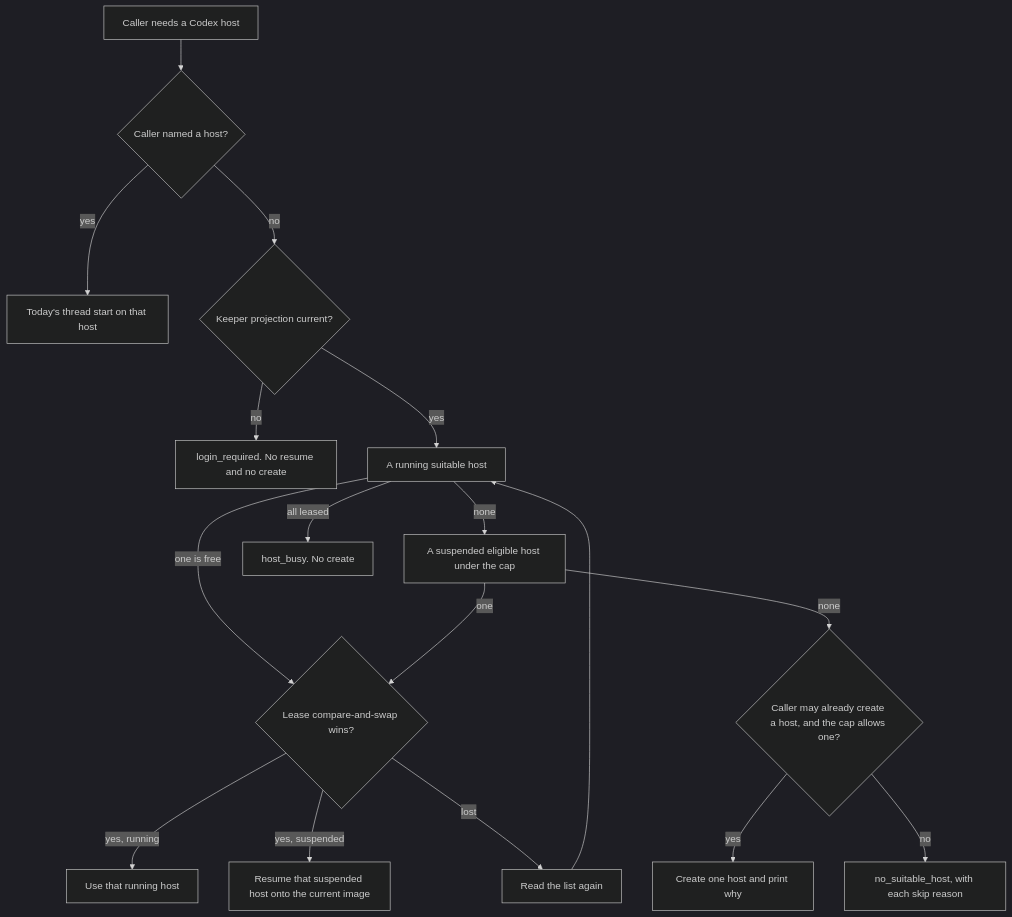
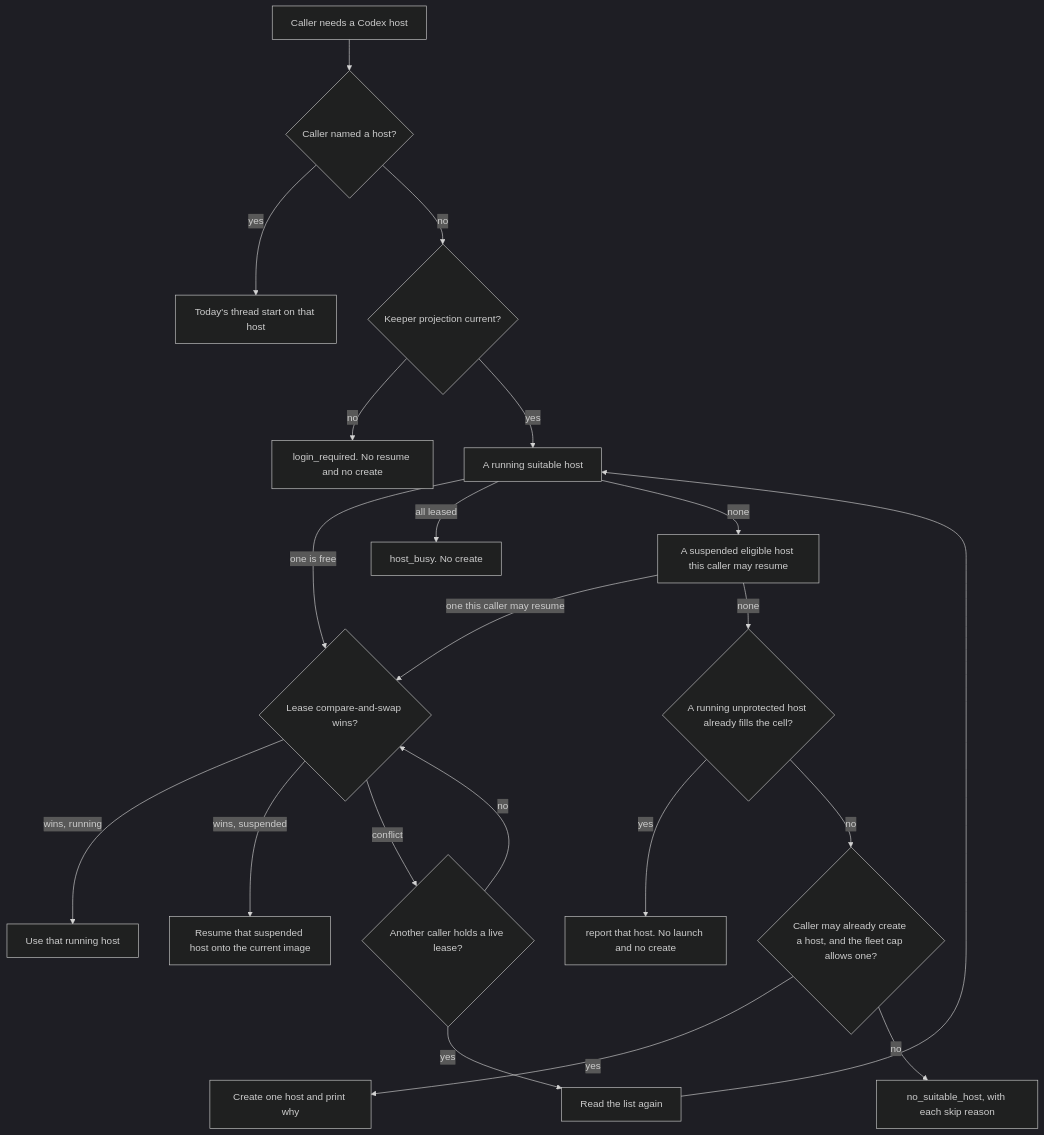
One commit to thaynes43/dev-env changed the diagram in .agents/sagas/distributed-dev-env/designs/063-reuse-paired-codex-hosts.md. Above: the diagram before and after it, drawn with Mermaid (dark theme). The commit also changed other lines of this file, not shown here.

First line of the commit message:
Answer the design review on host reuse (OP696).

````diff
--- a/.agents/sagas/distributed-dev-env/designs/063-reuse-paired-codex-hosts.md
+++ b/.agents/sagas/distributed-dev-env/designs/063-reuse-paired-codex-hosts.md
@@ -380,33 +396,40 @@
 ```mermaid
 flowchart TD
   need[Caller needs a Codex host]
   named{Caller named a host?}
   asIs[Today's thread start on that host]
   login{Keeper projection current?}
   stopLogin[login_required. No resume and no create]
   running[A running suitable host]
-  suspended[A suspended eligible host under the cap]
-  createOk{Caller may already create a host, and the cap allows one?}
+  suspended[A suspended eligible host this caller may resume]
+  cell{A running unprotected host already fills the cell?}
+  report[report that host. No launch and no create]
+  createOk{Caller may already create a host, and the fleet cap allows one?}
   created[Create one host and print why]
   none[no_suitable_host, with each skip reason]
   won{Lease compare-and-swap wins?}
+  held{Another caller holds a live lease?}
   use[Use that running host]
   resume[Resume that suspended host onto the current image]
   again[Read the list again]
   need --> named
   named -->|yes| asIs
   named -->|no| login
   login -->|no| stopLogin
   login -->|yes| running
   running -->|one is free| won
   running -->|all leased| busy[host_busy. No create]
   running -->|none| suspended
-  suspended -->|one| won
-  suspended -->|none| createOk
+  suspended -->|one this caller may resume| won
+  suspended -->|none| cell
+  cell -->|yes| report
+  cell -->|no| createOk
   createOk -->|yes| created
   createOk -->|no| none
-  won -->|yes, running| use
-  won -->|yes, suspended| resume
-  won -->|lost| again
+  won -->|wins, running| use
+  won -->|wins, suspended| resume
+  won -->|conflict| held
+  held -->|no| won
+  held -->|yes| again
   again --> running
 ```
````
